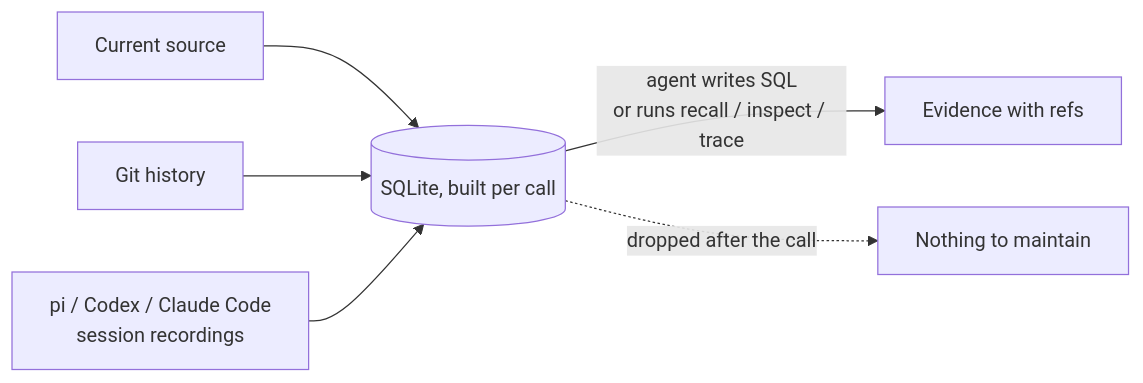
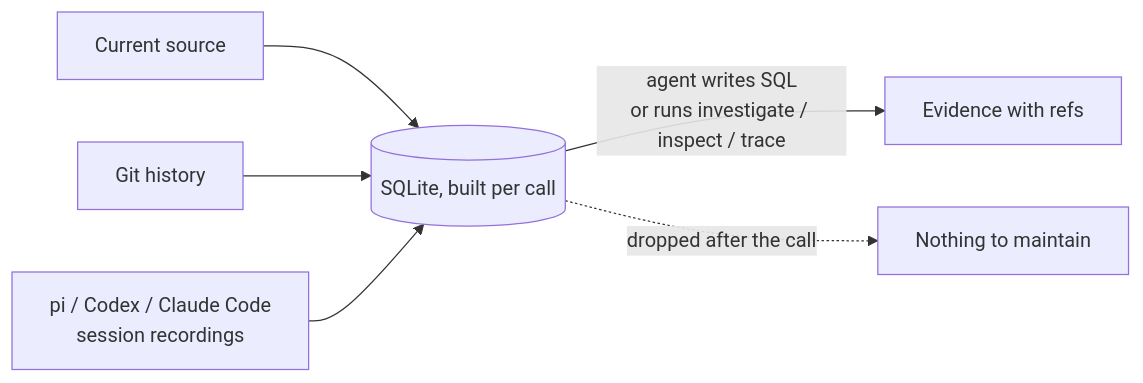
One commit to sij0sh/handtools changed the diagram in README.md. Above: the diagram before and after it, drawn with Mermaid. The commit also changed other lines of this file and 30 other files, not shown here.

First line of the commit message:
feat(runtime): investigate evidence packet; single textless graph snapshot

````diff
--- a/README.md
+++ b/README.md
@@ -9,8 +9,8 @@
 ```mermaid
 flowchart LR
   A[Current source] --> D[(SQLite, built per call)]
   B[Git history] --> D
   C[pi / Codex / Claude Code<br/>session recordings] --> D
-  D -->|agent writes SQL<br/>or runs recall / inspect / trace| E[Evidence with refs]
+  D -->|agent writes SQL<br/>or runs investigate / inspect / trace| E[Evidence with refs]
   D -.->|dropped after the call| X[Nothing to maintain]
 ```
````
